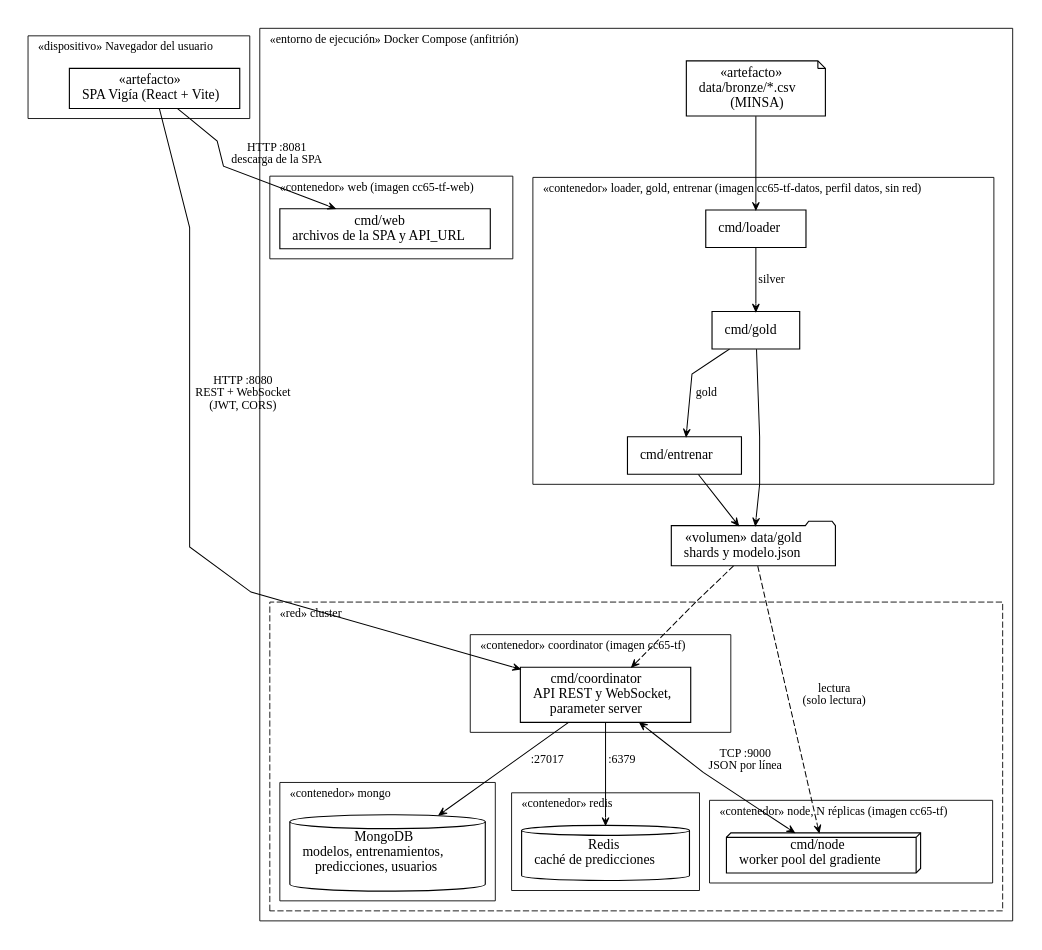
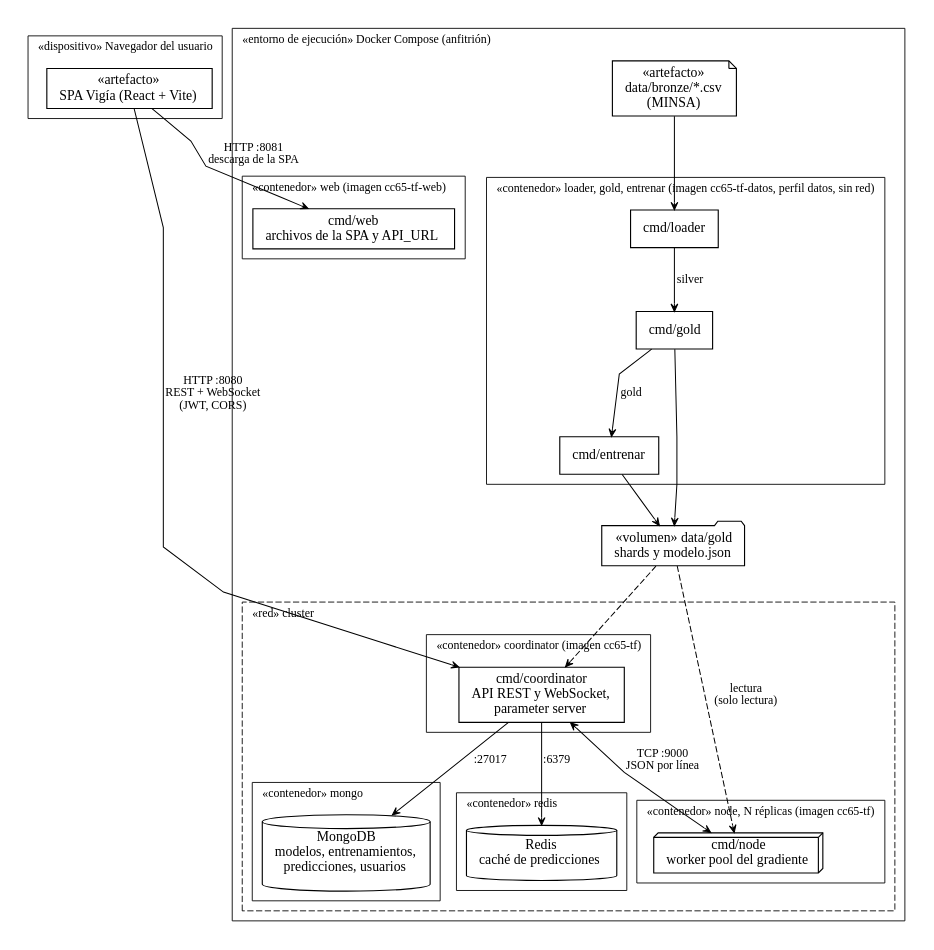
One commit to JorgeGarcia005/cc65-tf-dengue changed the diagram in docs/informe/tb2/diagramas/arquitectura.dot. Above: the diagram before and after it, drawn with Graphviz. The commit also changed 6 other files, not shown here.

First line of the commit message:
fix(informe): diagramas UML con el texto como trazos (svg:cairo, Liberation Serif) (#99)

```diff
--- a/docs/informe/tb2/diagramas/arquitectura.dot
+++ b/docs/informe/tb2/diagramas/arquitectura.dot
@@ -1,68 +1,68 @@
 // Vista de despliegue (UML 2.5, diagrama de despliegue) de la solución.
 // Fuente de docs/informe/tb2/fig/arquitectura.svg: make figuras.
 // Los nombres de imágenes, servicios, puertos y redes son los de
 // deploy/docker-compose.yml y deploy/docker-compose.api.yml.
 digraph arquitectura {
-  graph [rankdir=TB, fontname="Times New Roman", fontsize=11, nodesep=0.4, ranksep=0.55,
+  graph [rankdir=TB, fontname="Liberation Serif", fontsize=11, nodesep=0.4, ranksep=0.55,
          splines=polyline, pad=0.1, compound=true, newrank=true]
-  node  [shape=box, fontname="Times New Roman", fontsize=11, penwidth=0.9, height=0.42, margin="0.14,0.06"]
-  edge  [fontname="Times New Roman", fontsize=9.5, penwidth=0.8, arrowsize=0.6, arrowhead=vee]
+  node  [shape=box, fontname="Liberation Serif", fontsize=11, penwidth=0.9, height=0.42, margin="0.14,0.06"]
+  edge  [fontname="Liberation Serif", fontsize=9.5, penwidth=0.8, arrowsize=0.6, arrowhead=vee]
 
   subgraph cluster_navegador {
     label=<«dispositivo» Navegador del usuario>; labeljust=l; fontsize=9.5; penwidth=0.7
     spa [label=<«artefacto»<br/>SPA Vigía (React + Vite)>]
   }
 
   subgraph cluster_anfitrion {
     label=<«entorno de ejecución» Docker Compose (anfitrión)>; labeljust=l; fontsize=9.5; penwidth=0.7
 
     subgraph cluster_web {
       label=<«contenedor» web (imagen cc65-tf-web)>; labeljust=l; fontsize=9.5; penwidth=0.7
       web [label=<cmd/web<br/>archivos de la SPA y API_URL>]
     }
 
     subgraph cluster_red {
       label=<«red» cluster>; labeljust=l; fontsize=9.5; penwidth=0.7; style=dashed
       subgraph cluster_coord {
         label=<«contenedor» coordinator (imagen cc65-tf)>; labeljust=l; fontsize=9.5; style=solid
         coord [label=<cmd/coordinator<br/>API REST y WebSocket,<br/>parameter server>]
       }
       subgraph cluster_nodos {
         label=<«contenedor» node, N réplicas (imagen cc65-tf)>; labeljust=l; fontsize=9.5; style=solid
         nodo [shape=box3d, label=<cmd/node<br/>worker pool del gradiente>]
       }
       subgraph cluster_mongo {
         label=<«contenedor» mongo>; labeljust=l; fontsize=9.5; style=solid
         mongo [shape=cylinder, label=<MongoDB<br/>modelos, entrenamientos,<br/>predicciones, usuarios>]
       }
       subgraph cluster_redis {
         label=<«contenedor» redis>; labeljust=l; fontsize=9.5; style=solid
         redis [shape=cylinder, label=<Redis<br/>caché de predicciones>]
       }
     }
 
     subgraph cluster_datos {
       label=<«contenedor» loader, gold, entrenar (imagen cc65-tf-datos, perfil datos, sin red)>; labeljust=l; fontsize=9.5; penwidth=0.7
       loader   [label=<cmd/loader>]
       gold     [label=<cmd/gold>]
       entrenar [label=<cmd/entrenar>]
       loader -> gold [label=" silver"]
       gold -> entrenar [label=" gold"]
     }
 
     bronze [shape=note, label=<«artefacto»<br/>data/bronze/*.csv<br/>(MINSA)>]
     vol    [shape=folder, label=<«volumen» data/gold<br/>shards y modelo.json>]
   }
 
   {rank=same; spa; bronze}
   spa -> web   [label=" HTTP :8081\n descarga de la SPA"]
   spa -> coord [label=" HTTP :8080\n REST + WebSocket\n (JWT, CORS)"]
   coord -> nodo [dir=both, arrowtail=vee, label=" TCP :9000\n JSON por línea"]
   coord -> mongo [label=" :27017"]
   coord -> redis [label=" :6379"]
   bronze -> loader
   gold -> vol
   entrenar -> vol
   vol -> nodo  [style=dashed, label=" lectura\n (solo lectura)"]
   vol -> coord [style=dashed]
 }
```
